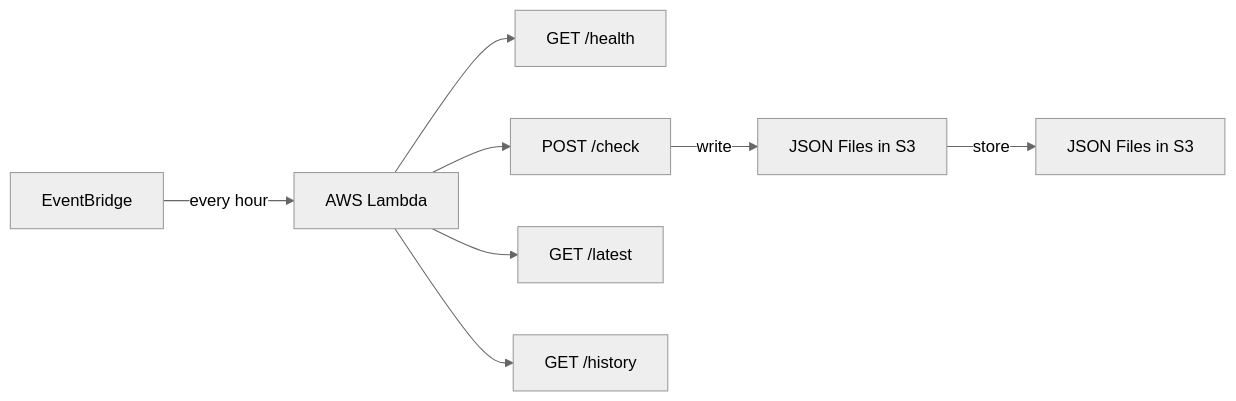
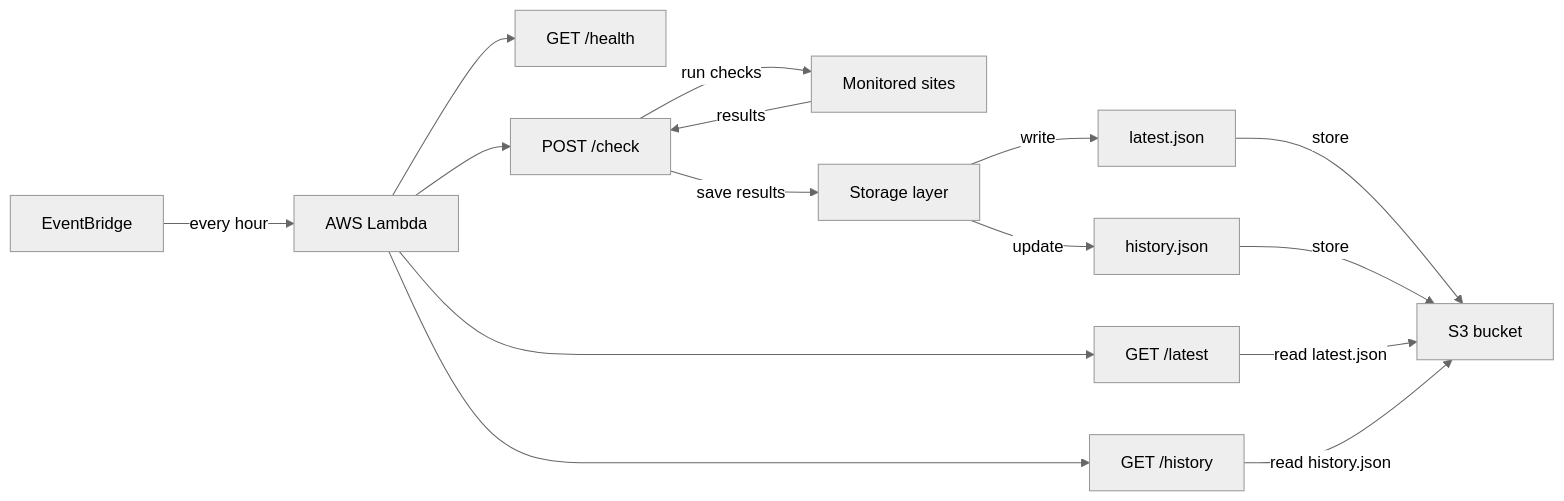
Before and after one commit to victoriacheng15/uptime-monitor: the second of 2 diagrams in README.md, drawn with Mermaid (neutral theme). The commit also changed other lines of this file and 1 other file, not shown here.

Commit message:
chore: refine and update readme and deployment docs (#13)

````diff
--- a/README.md
+++ b/README.md
@@ -45,19 +47,29 @@
 ```mermaid
 flowchart LR
     Schedule["EventBridge"]
     Lambda["AWS Lambda"]
     Health["GET /health"]
     Check["POST /check"]
-    Write["JSON Files in S3"]
     Latest["GET /latest"]
     History["GET /history"]
-    S3["JSON Files in S3"]
+    Sites["Monitored sites"]
+    Store["Storage layer"]
+    LatestFile["latest.json"]
+    HistoryFile["history.json"]
+    S3["S3 bucket"]
 
     Schedule -- every hour --> Lambda
     Lambda --> Health
     Lambda --> Check
     Lambda --> Latest
     Lambda --> History
-    Check -- write --> Write
-    Write -- store --> S3 
+    Check -- run checks --> Sites
+    Sites -- results --> Check
+    Check -- save results --> Store
+    Store -- write --> LatestFile
+    Store -- update --> HistoryFile
+    LatestFile -- store --> S3
+    HistoryFile -- store --> S3
+    Latest -- read latest.json --> S3
+    History -- read history.json --> S3
 ```
````
